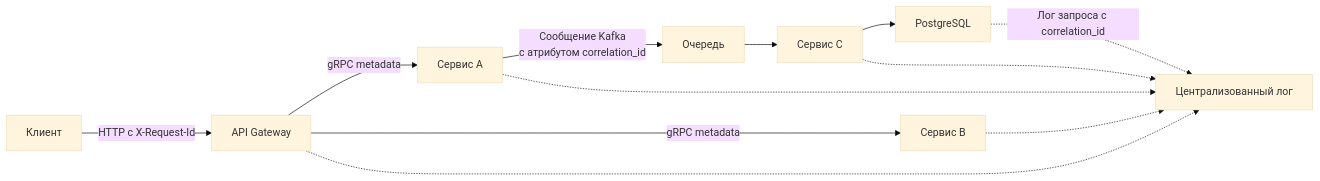
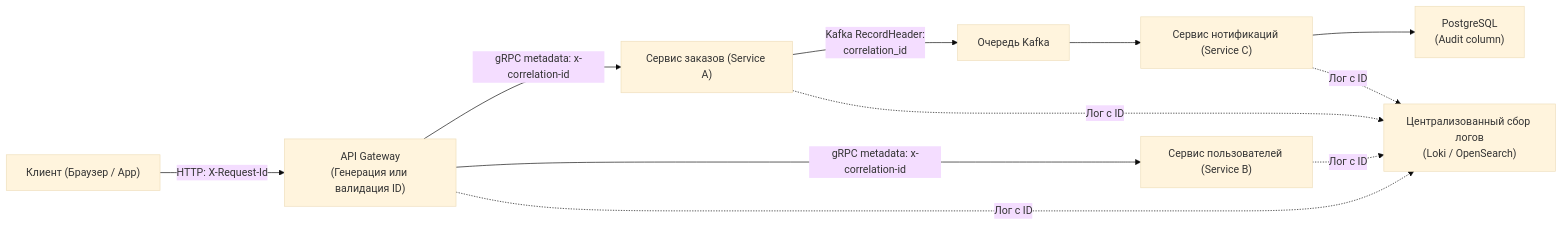
One commit to UnrealTemplier/go-textbook changed the diagram in sources/14. Распределенные системы на Go/08. Практика/7. Correlation ID.md. Above: the diagram before and after it, drawn with Mermaid (base theme). The commit also changed other lines of this file, not shown here.

Commit message:
feat(module-14): editorial rewrite of lecture 7 (Correlation ID) in Subsection 8 in Kernighan style

````diff
--- a/sources/14. Распределенные системы на Go/08. Практика/7. Correlation ID.md
+++ b/sources/14. Распределенные системы на Go/08. Практика/7. Correlation ID.md
@@ -9,14 +20,14 @@
 ```mermaid
 flowchart LR
-    Client["Клиент"] -->|"HTTP c X-Request-Id"| Gateway["API Gateway"]
-    Gateway -->|"gRPC metadata"| ServiceA["Сервис A"]
-    Gateway -->|"gRPC metadata"| ServiceB["Сервис B"]
-    ServiceA -->|"Сообщение Kafka<br>с атрибутом correlation_id"| Queue["Очередь"]
-    Queue --> ServiceC["Сервис C"]
-    ServiceC --> DB["PostgreSQL"]
-    DB -.->|"Лог запроса с correlation_id"| Logs["Централизованный лог"]
-    Gateway -.-> Logs
-    ServiceA -.-> Logs
-    ServiceB -.-> Logs
-    ServiceC -.-> Logs
+    Client["Клиент (Браузер / App)"] -->|"HTTP: X-Request-Id"| Gateway["API Gateway\n(Генерация или валидация ID)"]
+    Gateway -->|"gRPC metadata: x-correlation-id"| ServiceA["Сервис заказов (Service A)"]
+    Gateway -->|"gRPC metadata: x-correlation-id"| ServiceB["Сервис пользователей (Service B)"]
+    ServiceA -->|"Kafka RecordHeader:\ncorrelation_id"| Queue["Очередь Kafka"]
+    Queue --> ServiceC["Сервис нотификаций (Service C)"]
+    ServiceC --> DB["PostgreSQL\n(Audit column)"]
+
+    Gateway -.->|"Лог с ID"| Logs["Централизованный сбор логов\n(Loki / OpenSearch)"]
+    ServiceA -.->|"Лог с ID"| Logs
+    ServiceB -.->|"Лог с ID"| Logs
+    ServiceC -.->|"Лог с ID"| Logs
 ```
````
